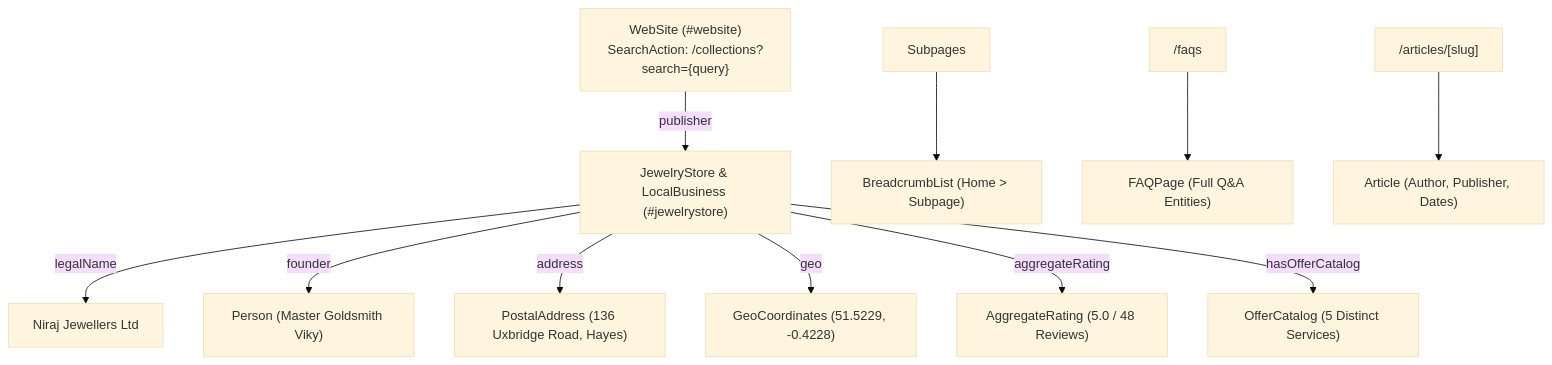
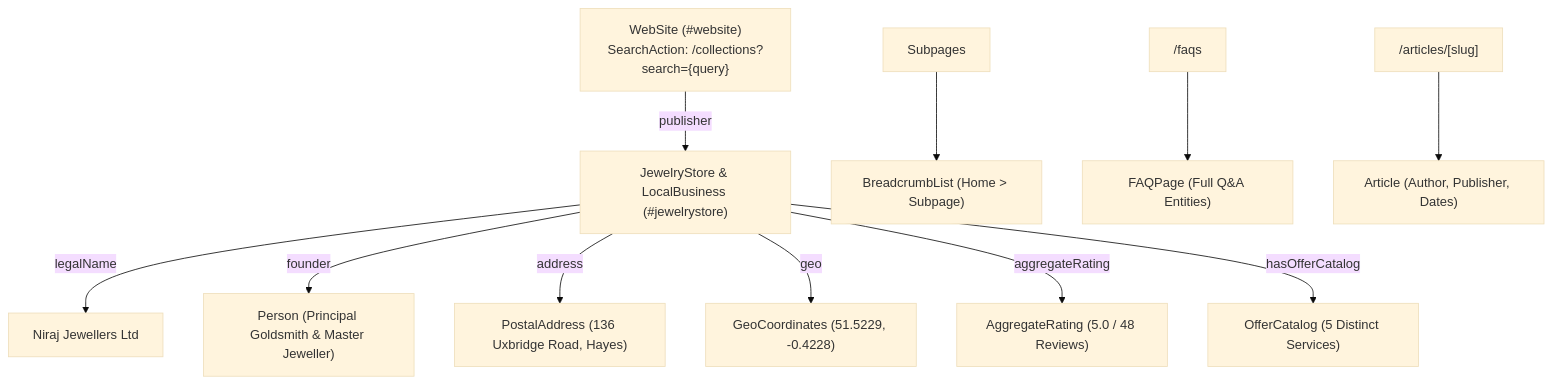
The second of 2 diagrams in implementation/METADATA.md (echelonsystemsgd-deep/niraj-jewellers-luxury-atelier), drawn with Mermaid (base theme) before and after one commit. The commit also changed other lines of this file and 3 other files, not shown here.

````diff
--- a/implementation/METADATA.md
+++ b/implementation/METADATA.md
@@ -159,14 +159,14 @@
 ```mermaid
 graph TD
     WS["WebSite (#website)<br/>SearchAction: /collections?search={query}"] -->|publisher| JB["JewelryStore & LocalBusiness (#jewelrystore)"]
     JB -->|legalName| L["Niraj Jewellers Ltd"]
-    JB -->|founder| P["Person (Master Goldsmith Viky)"]
+    JB -->|founder| P["Person (Principal Goldsmith & Master Jeweller)"]
     JB -->|address| PA["PostalAddress (136 Uxbridge Road, Hayes)"]
     JB -->|geo| GC["GeoCoordinates (51.5229, -0.4228)"]
     JB -->|aggregateRating| AR["AggregateRating (5.0 / 48 Reviews)"]
     JB -->|hasOfferCatalog| OC["OfferCatalog (5 Distinct Services)"]
     
     Subpages["Subpages"] --> BL["BreadcrumbList (Home > Subpage)"]
     FAQs["/faqs"] --> FAQ["FAQPage (Full Q&A Entities)"]
     Articles["/articles/[slug]"] --> ART["Article (Author, Publisher, Dates)"]
 ```
````
